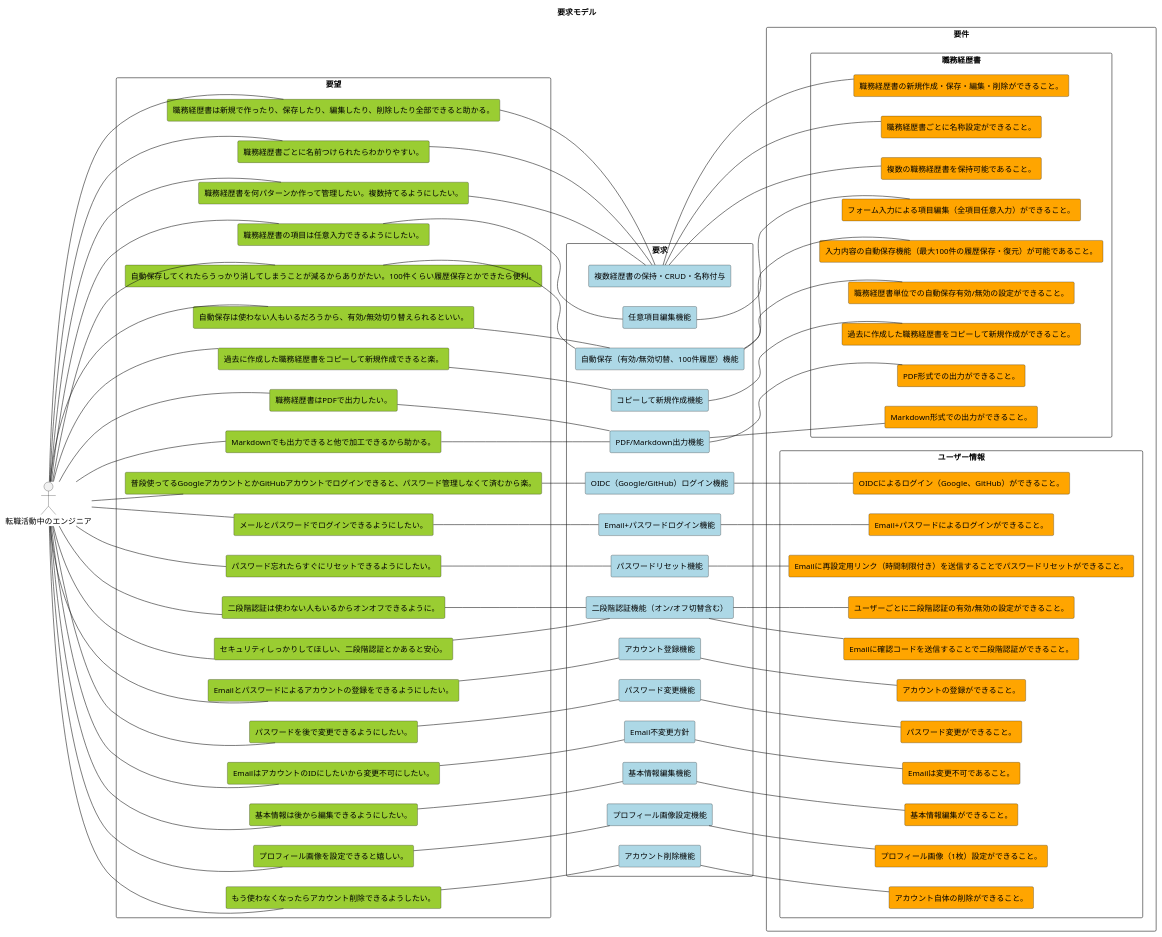
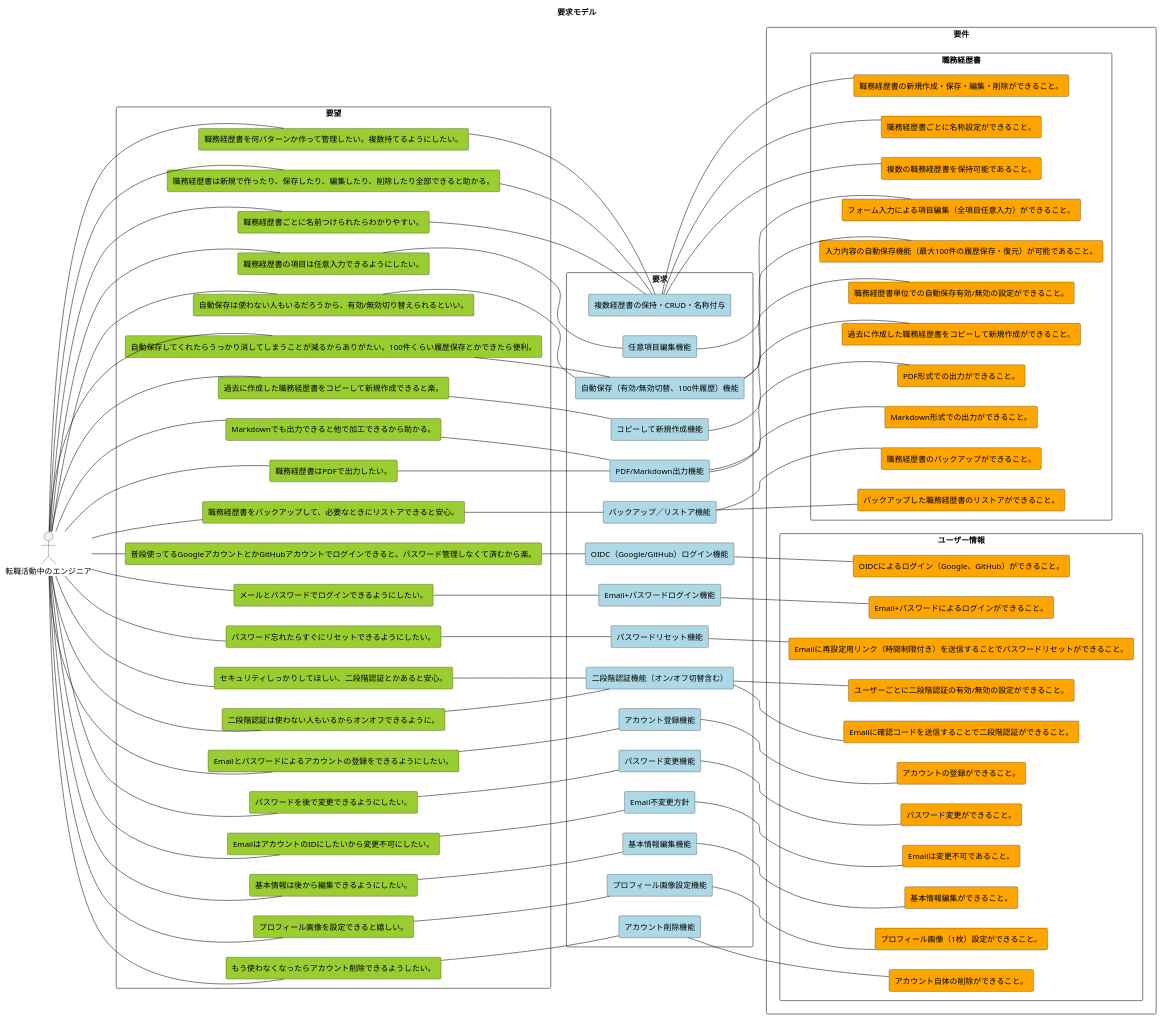
The diagram in doc/モデル図/要求モデル.pu (DogisRiki/KeirekiPro), drawn with PlantUML before and after one commit. The commit also changed 12 other files, not shown here.

```diff
--- a/doc/モデル図/要求モデル.pu
+++ b/doc/モデル図/要求モデル.pu
@@ -1,170 +1,178 @@
 @startuml 要求モデル
 
 title 要求モデル
 
 left to right direction
 hide stereotype
 
 skinparam rectangleBackgroundColor<<youbou>> YellowGreen
 skinparam rectangleBackgroundColor<<youkyuu>> LightBlue
 skinparam rectangleBackgroundColor<<youken>> Orange
 
 actor "転職活動中のエンジニア" as user
 
 '---------------------------------------------
 ' 要望
 '---------------------------------------------
 rectangle "要望" {
     rectangle "普段使ってるGoogleアカウントとかGitHubアカウントでログインできると、パスワード管理しなくて済むから楽。" as want_oauth <<youbou>>
     rectangle "メールとパスワードでログインできるようにしたい。" as want_emailpw <<youbou>>
     rectangle "パスワード忘れたらすぐにリセットできるようにしたい。" as want_pwreset <<youbou>>
     rectangle "セキュリティしっかりしてほしい、二段階認証とかあると安心。" as want_2fa <<youbou>>
 
     rectangle "職務経歴書を何パターンか作って管理したい。複数持てるようにしたい。" as want_multi_resume <<youbou>>
     rectangle "職務経歴書は新規で作ったり、保存したり、編集したり、削除したり全部できると助かる。" as want_crud_resume <<youbou>>
     rectangle "職務経歴書ごとに名前つけられたらわかりやすい。" as want_name_resume <<youbou>>
     rectangle "職務経歴書の項目は任意入力できるようにしたい。" as want_form_resume <<youbou>>
     rectangle "自動保存してくれたらうっかり消してしまうことが減るからありがたい。100件くらい履歴保存とかできたら便利。" as want_autosave_resume <<youbou>>
     rectangle "自動保存は使わない人もいるだろうから、有効/無効切り替えられるといい。" as want_autosave_toggle <<youbou>>
     rectangle "過去に作成した職務経歴書をコピーして新規作成できると楽。" as want_resume_copy_create <<youbou>>
     rectangle "職務経歴書はPDFで出力したい。" as want_pdf <<youbou>>
     rectangle "Markdownでも出力できると他で加工できるから助かる。" as want_md <<youbou>>
+    rectangle "職務経歴書をバックアップして、必要なときにリストアできると安心。" as want_resume_backup_restore <<youbou>>
 
     rectangle "Emailとパスワードによるアカウントの登録をできるようにしたい。" as want_account_create <<youbou>>
     rectangle "パスワードを後で変更できるようにしたい。" as want_pwchange <<youbou>>
     rectangle "EmailはアカウントのIDにしたいから変更不可にしたい。" as want_noemailchange <<youbou>>
     rectangle "二段階認証は使わない人もいるからオンオフできるように。" as want_2fa_toggle <<youbou>>
     rectangle "基本情報は後から編集できるようにしたい。" as want_edit_basicinfo <<youbou>>
     rectangle "プロフィール画像を設定できると嬉しい。" as want_profileimg <<youbou>>
     rectangle "もう使わなくなったらアカウント削除できるようしたい。" as want_account_delete <<youbou>>
 }
 
 '---------------------------------------------
 ' 要求
 '---------------------------------------------
 rectangle "要求" {
 
     rectangle "Email+パスワードログイン機能" as dem_emailpw <<youkyuu>>
     rectangle "OIDC（Google/GitHub）ログイン機能" as dem_oauth <<youkyuu>>
     rectangle "パスワードリセット機能" as dem_pwreset <<youkyuu>>
     rectangle "二段階認証機能（オン/オフ切替含む）" as dem_2fa <<youkyuu>>
 
     rectangle "複数経歴書の保持・CRUD・名称付与" as dem_resume_manage <<youkyuu>>
     rectangle "任意項目編集機能" as dem_resume_form <<youkyuu>>
     rectangle "自動保存（有効/無効切替、100件履歴）機能" as dem_resume_autosave <<youkyuu>>
     rectangle "コピーして新規作成機能" as dem_resume_copy_create <<youkyuu>>
     rectangle "PDF/Markdown出力機能" as dem_resume_export <<youkyuu>>
+    rectangle "バックアップ／リストア機能" as dem_resume_backup_restore <<youkyuu>>
 
     rectangle "アカウント登録機能" as dem_account_create <<youkyuu>>
     rectangle "パスワード変更機能" as dem_pwchange <<youkyuu>>
     rectangle "Email不変更方針" as dem_noemailchange <<youkyuu>>
     rectangle "基本情報編集機能" as dem_edit_basicinfo <<youkyuu>>
     rectangle "プロフィール画像設定機能" as dem_profileimg <<youkyuu>>
     rectangle "アカウント削除機能" as dem_account_delete <<youkyuu>>
 }
 
 '---------------------------------------------
 ' 要件
 '---------------------------------------------
 rectangle "要件" {
 
     rectangle "職務経歴書" {
         rectangle "複数の職務経歴書を保持可能であること。" as req1 <<youken>>
         rectangle "職務経歴書の新規作成・保存・編集・削除ができること。" as req2 <<youken>>
         rectangle "職務経歴書ごとに名称設定ができること。" as req3 <<youken>>
         rectangle "フォーム入力による項目編集（全項目任意入力）ができること。" as req5 <<youken>>
         rectangle "入力内容の自動保存機能（最大100件の履歴保存・復元）が可能であること。" as req6 <<youken>>
         rectangle "職務経歴書単位での自動保存有効/無効の設定ができること。" as req7 <<youken>>
         rectangle "過去に作成した職務経歴書をコピーして新規作成ができること。" as req8 <<youken>>
         rectangle "PDF形式での出力ができること。" as req9 <<youken>>
         rectangle "Markdown形式での出力ができること。" as req10 <<youken>>
+        rectangle "職務経歴書のバックアップができること。" as req22 <<youken>>
+        rectangle "バックアップした職務経歴書のリストアができること。" as req23 <<youken>>
     }
 
     rectangle "ユーザー情報" {
         rectangle "Email+パスワードによるログインができること。" as req11 <<youken>>
         rectangle "OIDCによるログイン（Google、GitHub）ができること。" as req12 <<youken>>
         rectangle "Emailに再設定用リンク（時間制限付き）を送信することでパスワードリセットができること。" as req13 <<youken>>
         rectangle "Emailに確認コードを送信することで二段階認証ができること。" as req14 <<youken>>
         rectangle "ユーザーごとに二段階認証の有効/無効の設定ができること。" as req15 <<youken>>
         rectangle "アカウントの登録ができること。" as req16 <<youken>>
         rectangle "パスワード変更ができること。" as req17 <<youken>>
         rectangle "Emailは変更不可であること。" as req18 <<youken>>
         rectangle "基本情報編集ができること。" as req19 <<youken>>
         rectangle "プロフィール画像（1枚）設定ができること。" as req20 <<youken>>
         rectangle "アカウント自体の削除ができること。" as req21 <<youken>>
     }
 }
 
 '---------------------------------------------
 ' 関連線
 '---------------------------------------------
 user -- want_oauth
 user -- want_emailpw
 user -- want_pwreset
 user -- want_2fa
 user -- want_multi_resume
 user -- want_crud_resume
 user -- want_name_resume
 user -- want_form_resume
 user -- want_autosave_resume
 user -- want_autosave_toggle
 user -- want_resume_copy_create
 user -- want_pdf
 user -- want_md
+user -- want_resume_backup_restore
 user -- want_account_create
 user -- want_pwchange
 user -- want_noemailchange
 user -- want_2fa_toggle
 user -- want_edit_basicinfo
 user -- want_profileimg
 user -- want_account_delete
 
 ' 要望 → 要求
 want_oauth -- dem_oauth
 want_emailpw -- dem_emailpw
 want_pwreset -- dem_pwreset
 want_2fa -- dem_2fa
 want_2fa_toggle -- dem_2fa
 
 want_multi_resume -- dem_resume_manage
 want_crud_resume -- dem_resume_manage
 want_name_resume -- dem_resume_manage
 want_form_resume -- dem_resume_form
 want_autosave_resume -- dem_resume_autosave
 want_autosave_toggle -- dem_resume_autosave
 want_resume_copy_create -- dem_resume_copy_create
 want_pdf -- dem_resume_export
 want_md -- dem_resume_export
+want_resume_backup_restore -- dem_resume_backup_restore
 
 want_account_create -- dem_account_create
 want_pwchange -- dem_pwchange
 want_noemailchange -- dem_noemailchange
 want_edit_basicinfo -- dem_edit_basicinfo
 want_profileimg -- dem_profileimg
 want_account_delete -- dem_account_delete
 
 ' 要求 → 要件
 dem_emailpw -- req11
 dem_oauth -- req12
 dem_pwreset -- req13
 dem_2fa -- req14
 dem_2fa -- req15
 
 dem_resume_manage -- req1
 dem_resume_manage -- req2
 dem_resume_manage -- req3
 dem_resume_form -- req5
 dem_resume_autosave -- req6
 dem_resume_autosave -- req7
 dem_resume_copy_create -- req8
 dem_resume_export -- req9
 dem_resume_export -- req10
+dem_resume_backup_restore -- req22
+dem_resume_backup_restore -- req23
 
 dem_account_create -- req16
 dem_pwchange -- req17
 dem_noemailchange -- req18
 dem_edit_basicinfo -- req19
 dem_profileimg -- req20
 dem_account_delete -- req21
 
 @enduml
```
